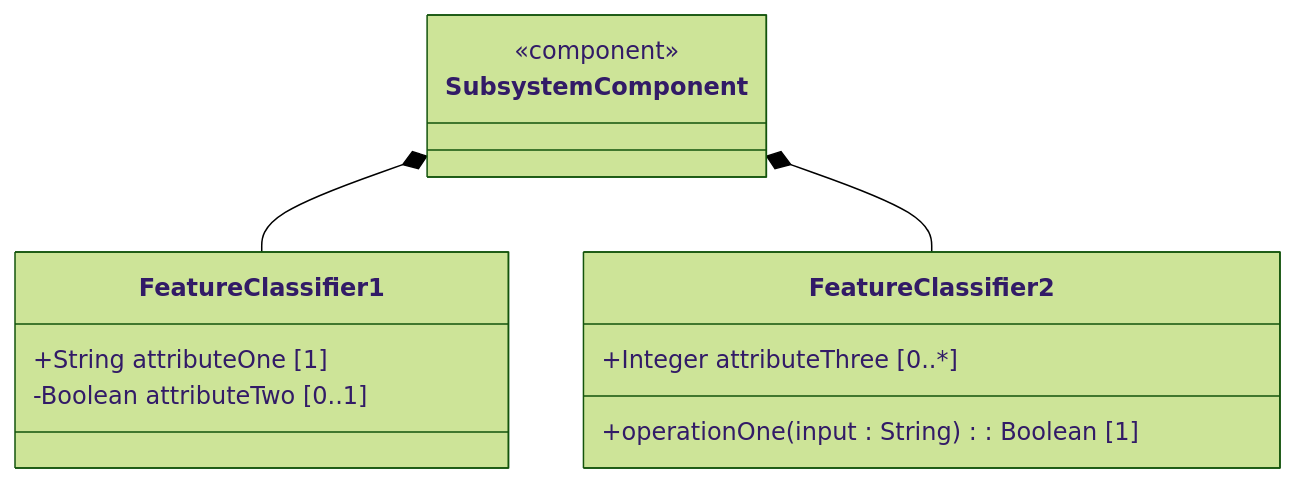
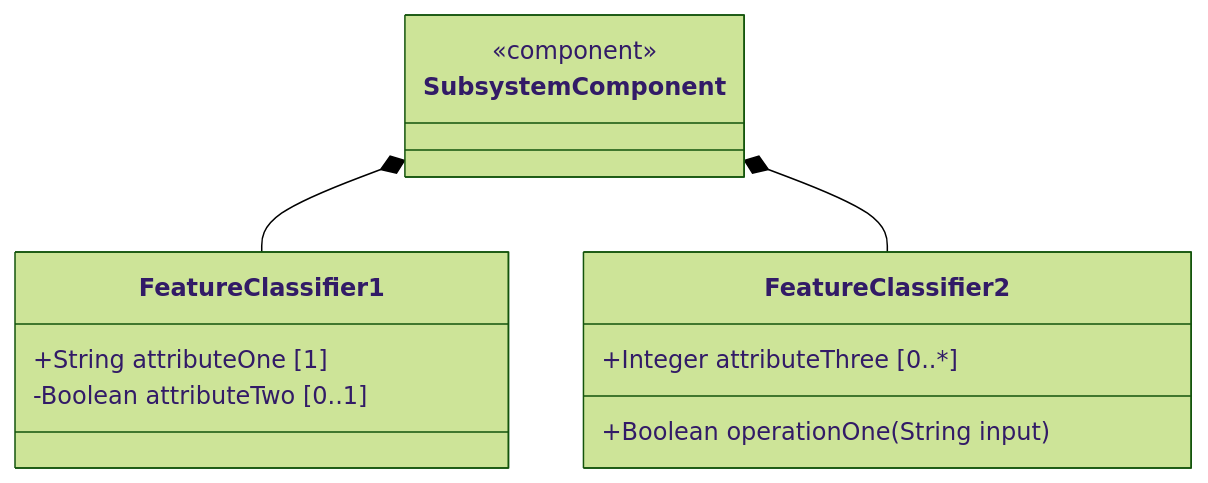
Before and after one commit to gintatkinson/digital-pipeline-repo: the first of 2 diagrams in skills/schema-specification-engineering/SKILL.md, drawn with Mermaid (forest theme). The commit also changed other lines of this file and 2 other files, not shown here.

Commit message:
feat: resolve Mermaid class diagram parse errors by removing colons in member templates

````diff
--- a/skills/schema-specification-engineering/SKILL.md
+++ b/skills/schema-specification-engineering/SKILL.md
@@ -135,16 +135,16 @@
     ```mermaid
     classDiagram
         class SubsystemComponent {
             <<component>>
         }
         class FeatureClassifier1 {
             +String attributeOne [1]
             -Boolean attributeTwo [0..1]
         }
         class FeatureClassifier2 {
             +Integer attributeThree [0..*]
-            +operationOne(input : String) : Boolean [1]
+            +Boolean operationOne(String input)
         }
         SubsystemComponent *-- FeatureClassifier1
         SubsystemComponent *-- FeatureClassifier2
     ```
````
